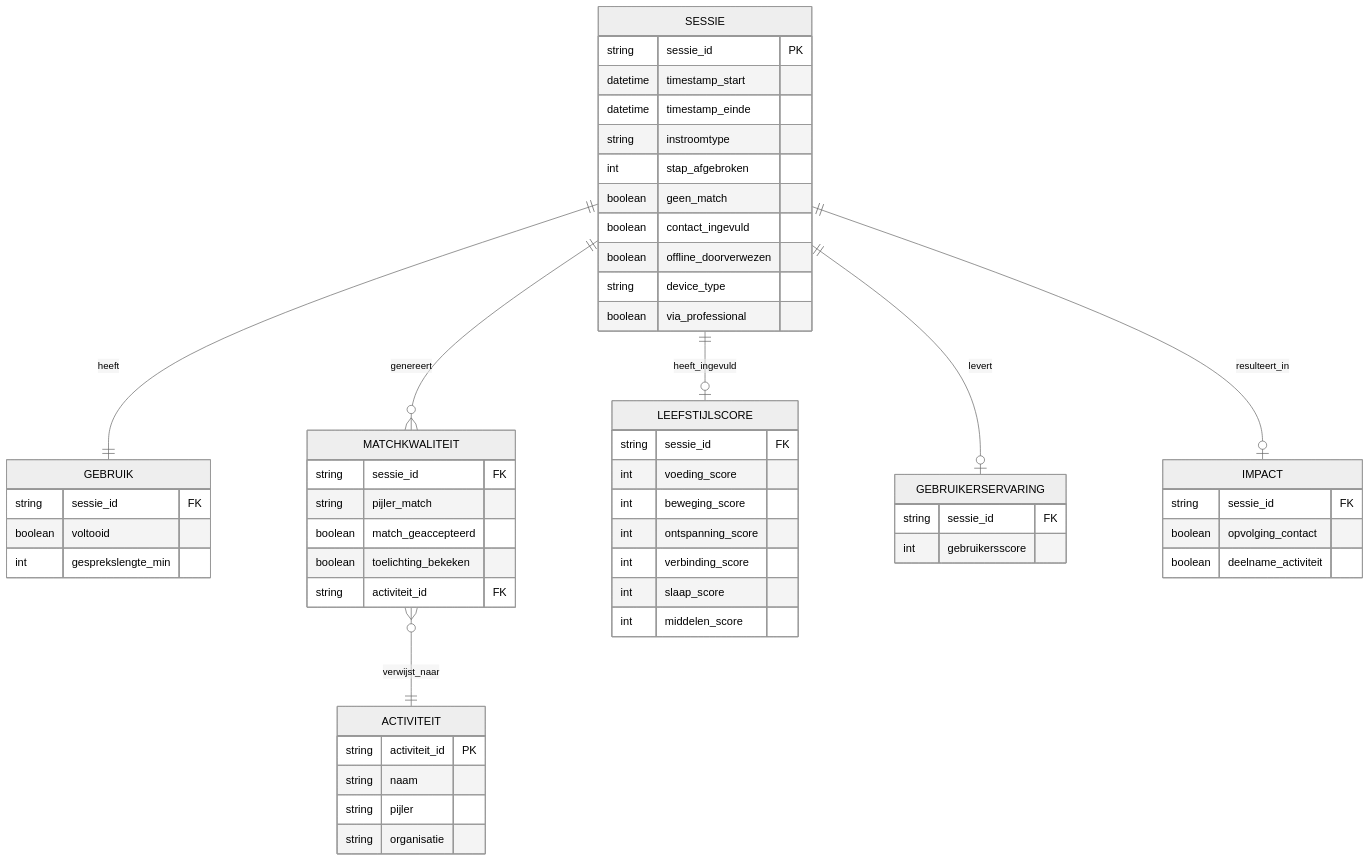
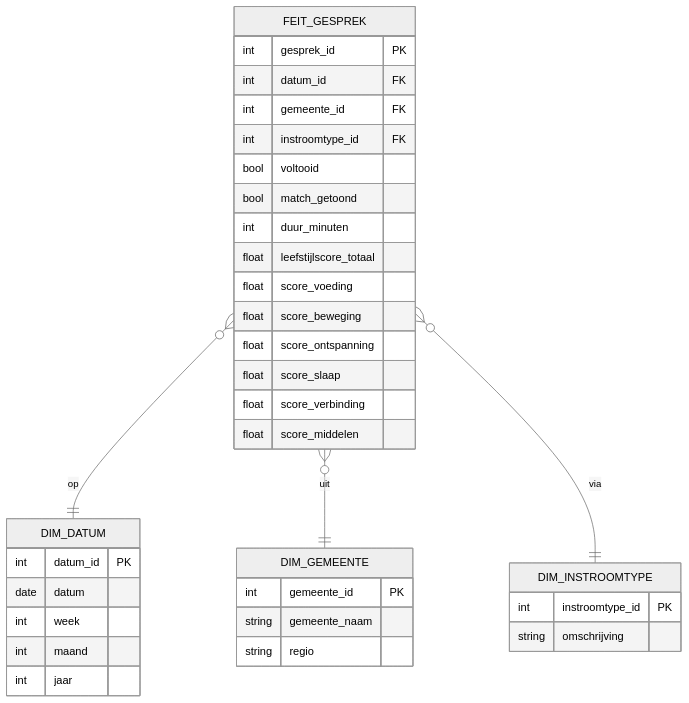
Before and after one commit to Boomstreek/StudieFontys: the diagram in Sem02/Challenge02/02 - Analyse/AiBot Business & Data ER-Diagram.md, drawn with Mermaid (neutral theme). The commit also changed 9 other files, not shown here.

````diff
--- a/Sem02/Challenge02/02 - Analyse/AiBot Business & Data ER-Diagram.md
+++ b/Sem02/Challenge02/02 - Analyse/AiBot Business & Data ER-Diagram.md
@@ -1,64 +1,38 @@
 ```mermaid
 erDiagram
-    SESSIE {
-        string sessie_id PK
-        datetime timestamp_start
-        datetime timestamp_einde
-        string instroomtype
-        int stap_afgebroken
-        boolean geen_match
-        boolean contact_ingevuld
-        boolean offline_doorverwezen
-        string device_type
-        boolean via_professional
+    FEIT_GESPREK {
+        int gesprek_id PK
+        int datum_id FK
+        int gemeente_id FK
+        int instroomtype_id FK
+        bool voltooid
+        bool match_getoond
+        int duur_minuten
+        float leefstijlscore_totaal
+        float score_voeding
+        float score_beweging
+        float score_ontspanning
+        float score_slaap
+        float score_verbinding
+        float score_middelen
     }
-
-    GEBRUIK {
-        string sessie_id FK
-        boolean voltooid
-        int gesprekslengte_min
+    DIM_DATUM {
+        int datum_id PK
+        date datum
+        int week
+        int maand
+        int jaar
     }
-
-    MATCHKWALITEIT {
-        string sessie_id FK
-        string pijler_match
-        boolean match_geaccepteerd
-        boolean toelichting_bekeken
-        string activiteit_id FK
+    DIM_GEMEENTE {
+        int gemeente_id PK
+        string gemeente_naam
+        string regio
     }
-
-	LEEFSTIJLSCORE {
-		string sessie_id FK
-		int voeding_score
-		int beweging_score
-		int ontspanning_score
-		int verbinding_score
-		int slaap_score
-		int middelen_score
-	}
-
-    GEBRUIKERSERVARING {
-        string sessie_id FK
-        int gebruikersscore
+    DIM_INSTROOMTYPE {
+        int instroomtype_id PK
+        string omschrijving
     }
-
-    IMPACT {
-        string sessie_id FK
-        boolean opvolging_contact
-        boolean deelname_activiteit
-    }
-
-    ACTIVITEIT {
-        string activiteit_id PK
-        string naam
-        string pijler
-        string organisatie
-    }
-
-    SESSIE ||--|| GEBRUIK : heeft
-    SESSIE ||--o| GEBRUIKERSERVARING : levert
-    SESSIE ||--o{ MATCHKWALITEIT : genereert
-    SESSIE ||--o| IMPACT : resulteert_in
-    SESSIE ||--o| LEEFSTIJLSCORE : heeft_ingevuld
-    MATCHKWALITEIT }o--|| ACTIVITEIT : verwijst_naar
+    FEIT_GESPREK }o--|| DIM_DATUM : "op"
+    FEIT_GESPREK }o--|| DIM_GEMEENTE : "uit"
+    FEIT_GESPREK }o--|| DIM_INSTROOMTYPE : "via"
 ```
````
